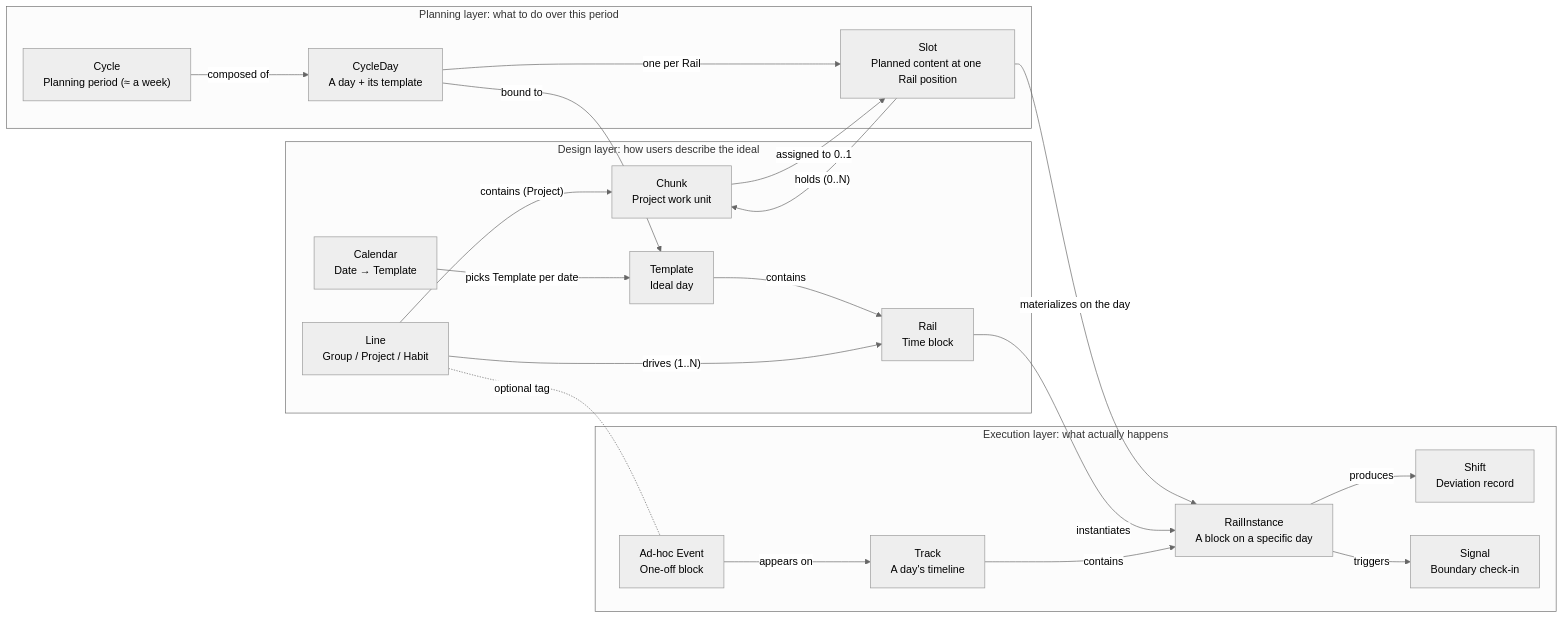
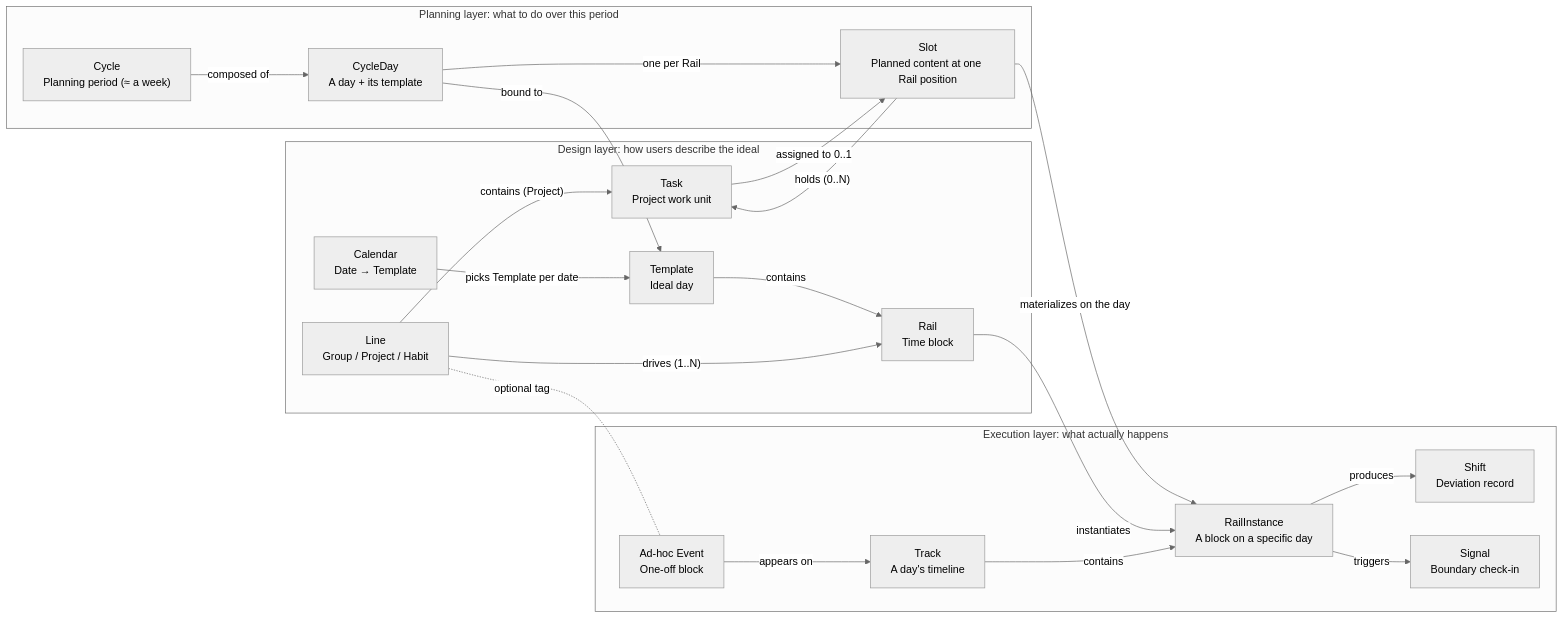
One commit to FreeJolan/dayrail changed the diagram in docs/ERD.en.md. Above: the diagram before and after it, drawn with Mermaid (neutral theme). The commit also changed other lines of this file and 15 other files, not shown here.

````diff
--- a/docs/ERD.en.md
+++ b/docs/ERD.en.md
@@ -138,43 +138,43 @@
 ```mermaid
 flowchart LR
   subgraph Design["Design layer: how users describe the ideal"]
     Template["Template<br/>Ideal day"]
     Rail["Rail<br/>Time block"]
     Line["Line<br/>Group / Project / Habit"]
-    Chunk["Chunk<br/>Project work unit"]
+    Task["Task<br/>Project work unit"]
     Calendar["Calendar<br/>Date → Template"]
   end
 
   subgraph Plan["Planning layer: what to do over this period"]
     Cycle["Cycle<br/>Planning period (≈ a week)"]
     CycleDay["CycleDay<br/>A day + its template"]
     Slot["Slot<br/>Planned content at one Rail position"]
   end
 
   subgraph Execution["Execution layer: what actually happens"]
     Track["Track<br/>A day's timeline"]
     RailInstance["RailInstance<br/>A block on a specific day"]
     Shift["Shift<br/>Deviation record"]
     Signal["Signal<br/>Boundary check-in"]
     Adhoc["Ad-hoc Event<br/>One-off block"]
   end
 
   Template -- contains --> Rail
   Calendar -- picks Template per date --> Template
   Line -- drives (1..N) --> Rail
-  Line -- contains (Project) --> Chunk
+  Line -- contains (Project) --> Task
   Line -.optional tag.- Adhoc
 
   Cycle -- composed of --> CycleDay
   CycleDay -- bound to --> Template
   CycleDay -- one per Rail --> Slot
-  Slot -- holds (0..N) --> Chunk
-  Chunk -- assigned to 0..1 --> Slot
+  Slot -- holds (0..N) --> Task
+  Task -- assigned to 0..1 --> Slot
 
   Slot -- materializes on the day --> RailInstance
   Rail -- instantiates --> RailInstance
   Track -- contains --> RailInstance
   Adhoc -- appears on --> Track
   RailInstance -- produces --> Shift
   RailInstance -- triggers --> Signal
 ```
````
